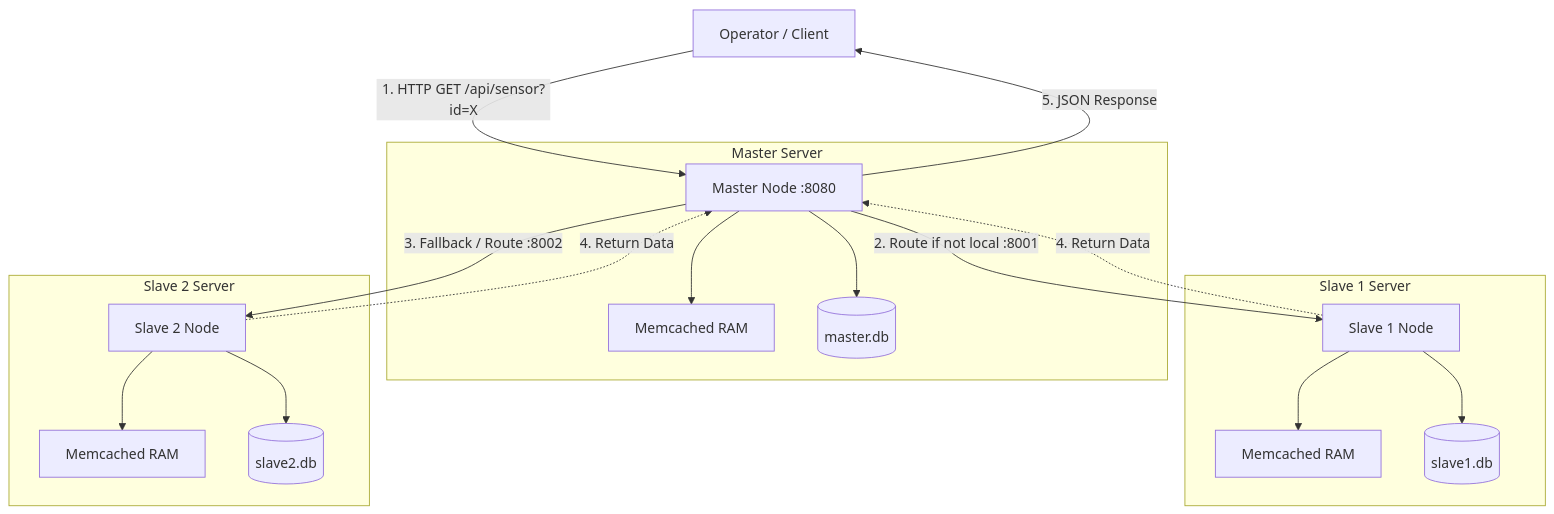
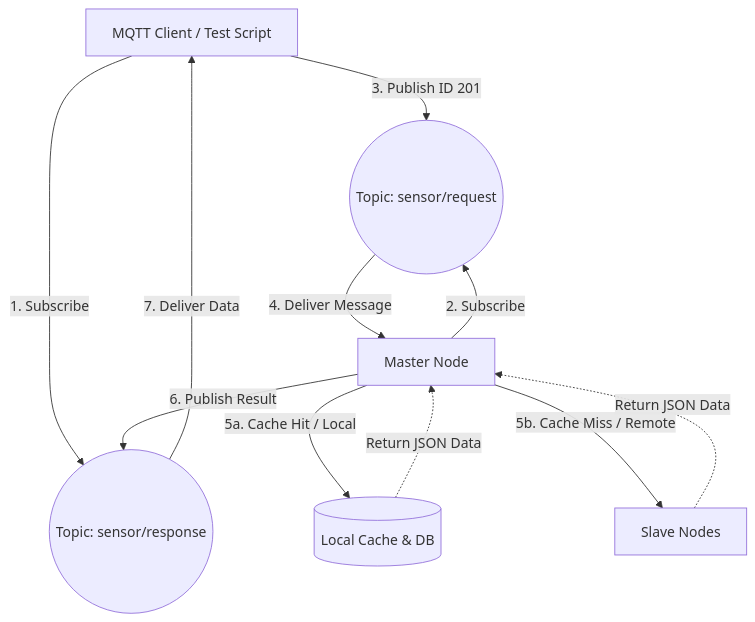
Before and after one commit to 4rsh1y4/RTEmbeddedSystem_c-distributed-db-iot: the diagram in 03/report.md, drawn with Mermaid. The commit also changed other lines of this file and 3 other files, not shown here.

````diff
--- a/03/report.md
+++ b/03/report.md
@@ -26,25 +31,17 @@
 ```mermaid
 graph TD
-    O[Operator / Client] -->|1. HTTP GET /api/sensor?id=X| M[Master Node :8080]
+    C[MQTT Client / Test Script] -->|1. Subscribe| R_Topic((Topic: sensor/response))
+    M[Master Node] -->|2. Subscribe| Q_Topic((Topic: sensor/request))
+
+    C -->|3. Publish ID 201| Q_Topic
+    Q_Topic -->|4. Deliver Message| M
+
+    M -->|5a. Cache Hit / Local| DB[(Local Cache & DB)]
+    M -->|5b. Cache Miss / Remote| S[Slave Nodes]
     
-    subgraph Master_Server [Master Server]
-        M --> MC[Memcached RAM]
-        M --> MDB[(master.db)]
-    end
+    S -.->|Return JSON Data| M
+    DB -.->|Return JSON Data| M
 
-    subgraph Slave_1_Server [Slave 1 Server]
-        M -->|2. Route if not local :8001| S1[Slave 1 Node]
-        S1 --> S1C[Memcached RAM]
-        S1 --> S1DB[(slave1.db)]
-    end
-
-    subgraph Slave_2_Server [Slave 2 Server]
-        M -->|3. Fallback / Route :8002| S2[Slave 2 Node]
-        S2 --> S2C[Memcached RAM]
-        S2 --> S2DB[(slave2.db)]
-    end
-
-    S1 -.->|4. Return Data| M
-    S2 -.->|4. Return Data| M
-    M -->|5. JSON Response| O
+    M -->|6. Publish Result| R_Topic
+    R_Topic -->|7. Deliver Data| C
 ```
````
